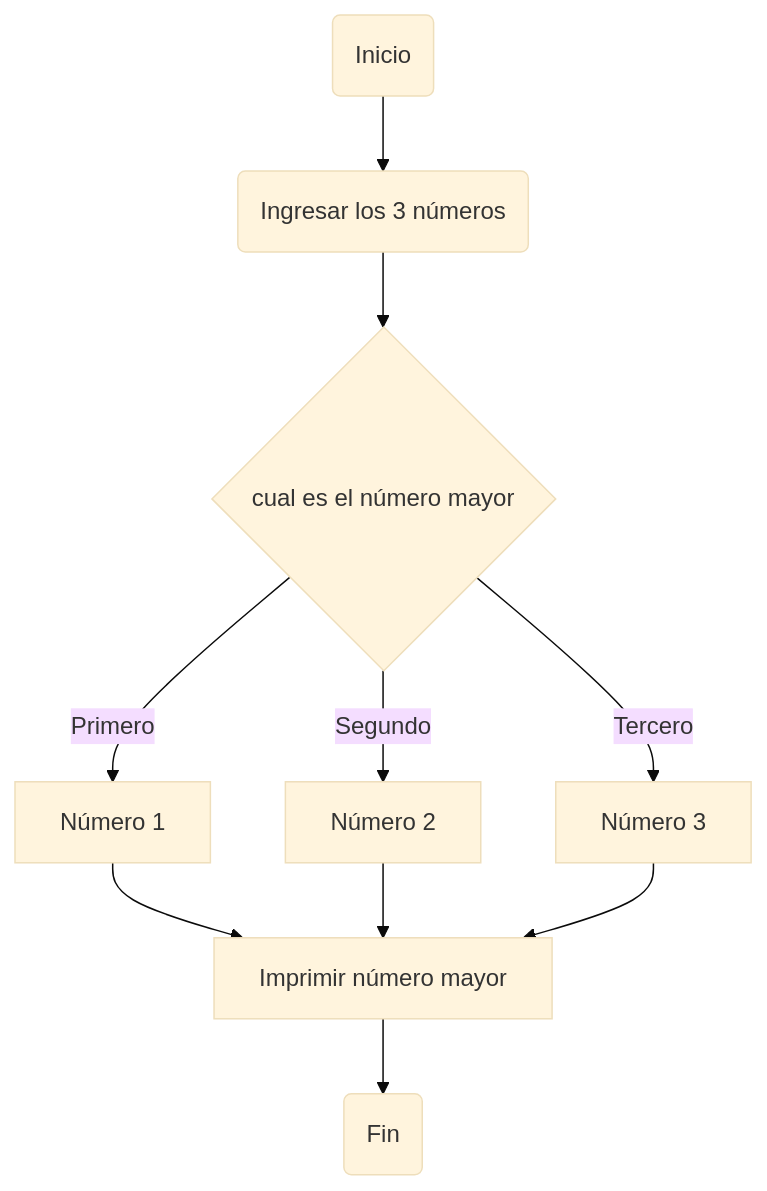
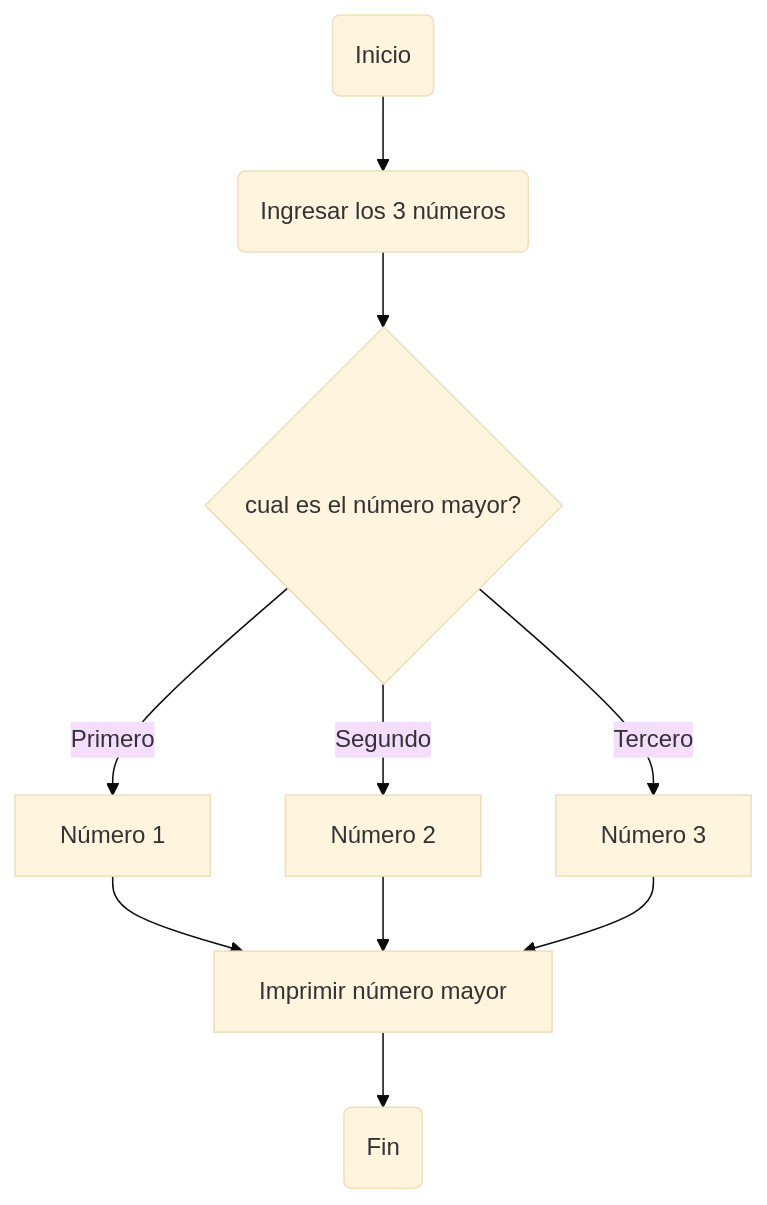
The first of 3 diagrams in README.md (jeriosv/taller_1), drawn with Mermaid (base theme) before and after one commit.

````diff
--- a/README.md
+++ b/README.md
@@ -24,11 +24,11 @@
 ```mermaid
   graph TD;
     A(Inicio) --> B(Ingresar los 3 números)
-    B --> C{cual es el número mayor}
+    B --> C{cual es el número mayor?}
     C -->|Primero| D[Número 1] 
     C -->|Segundo| E[Número 2] 
     C -->|Tercero| F[Número 3] 
     D --> G[Imprimir número mayor] --> H(Fin)
     E --> G 
     F --> G 
 ```
````
